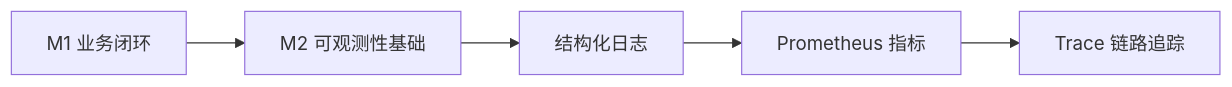
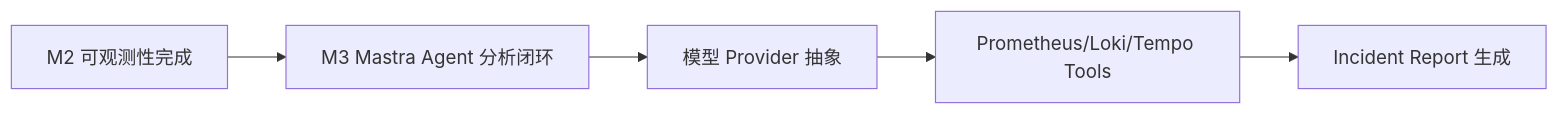
The seventh of 7 diagrams in docs/task-breakdown.md (daxiguaguagua-hash/OpsAgent), drawn with Mermaid before and after one commit. The commit also changed other lines of this file, not shown here.

````diff
--- a/docs/task-breakdown.md
+++ b/docs/task-breakdown.md
@@ -286,7 +286,7 @@
 ```mermaid
 flowchart LR
-  A[M1 业务闭环] --> B[M2 可观测性基础]
-  B --> C[结构化日志]
-  C --> D[Prometheus 指标]
-  D --> E[Trace 链路追踪]
+  A[M2 可观测性完成] --> B[M3 Mastra Agent 分析闭环]
+  B --> C[模型 Provider 抽象]
+  C --> D[Prometheus/Loki/Tempo Tools]
+  D --> E[Incident Report 生成]
 ```
````
